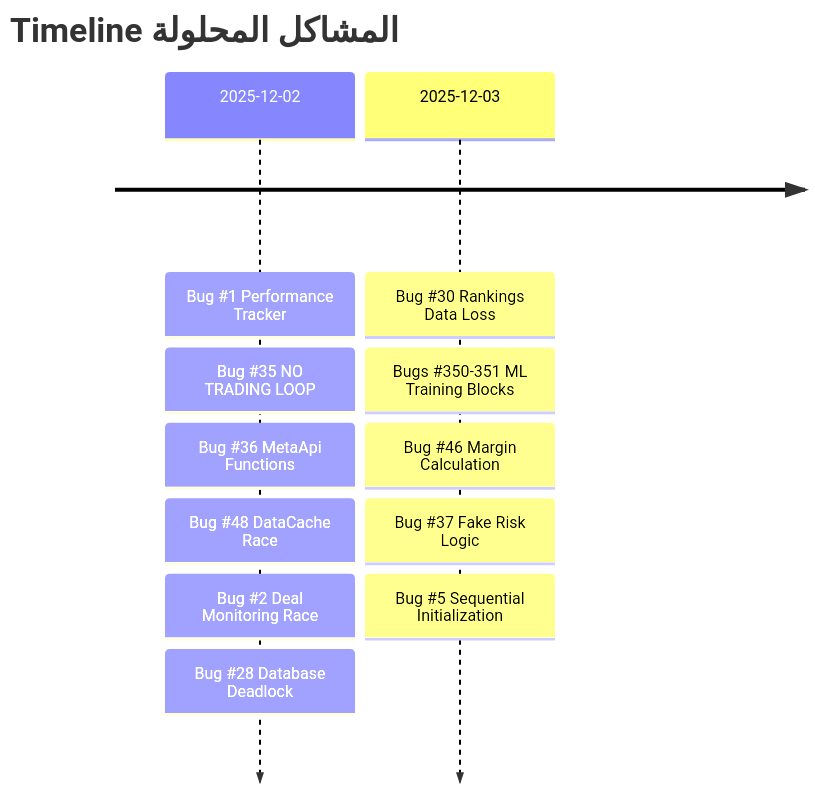
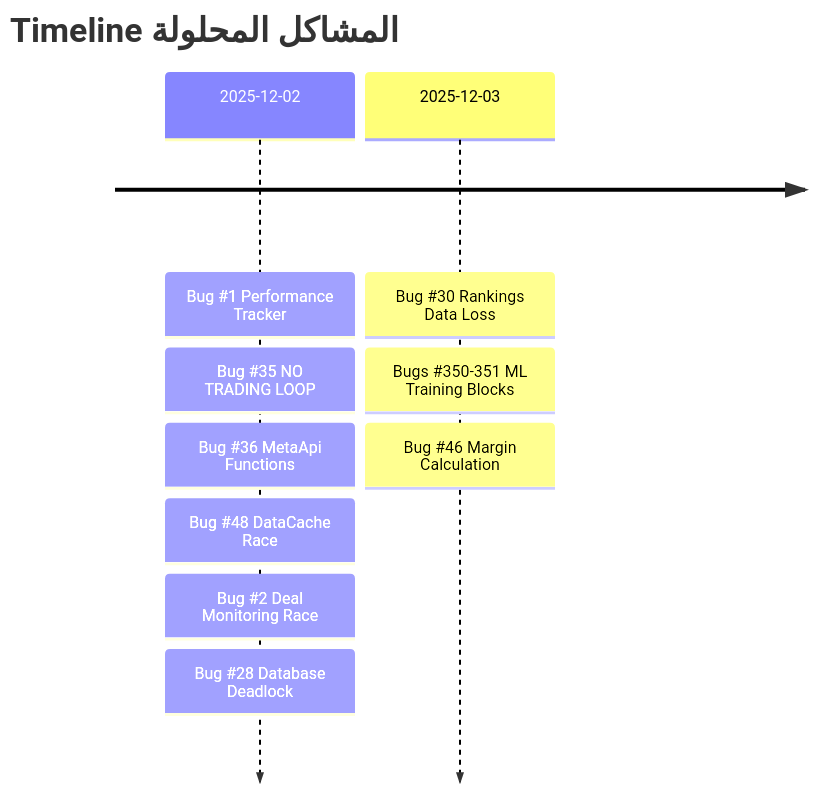
One commit to olevar2/Auj6 changed the second of 5 diagrams in docs/reports/COMPLETE_BUG_VERIFICATION_REPORT_NEW.md. Above: the diagram before and after it, drawn with Mermaid. The commit also changed other lines of this file and 2 other files, not shown here.

Commit message:
Fix Bug #37: Complete reimplementation of dynamic_risk_manager.py with 9 critical fixes - mandatory data provider, correct ATR/correlation calculations, cache management, daily loss tracking, symbol leverage, and position updates

````diff
--- a/docs/reports/COMPLETE_BUG_VERIFICATION_REPORT_NEW.md
+++ b/docs/reports/COMPLETE_BUG_VERIFICATION_REPORT_NEW.md
@@ -20,15 +66,13 @@
 ```mermaid
 timeline
     title Timeline المشاكل المحلولة
     2025-12-02 : Bug #1 Performance Tracker
                : Bug #35 NO TRADING LOOP
                : Bug #36 MetaApi Functions
                : Bug #48 DataCache Race
                : Bug #2 Deal Monitoring Race
                : Bug #28 Database Deadlock
     2025-12-03 : Bug #30 Rankings Data Loss
                : Bugs #350-351 ML Training Blocks
                : Bug #46 Margin Calculation
-               : Bug #37 Fake Risk Logic
-               : Bug #5 Sequential Initialization
 ```
````
